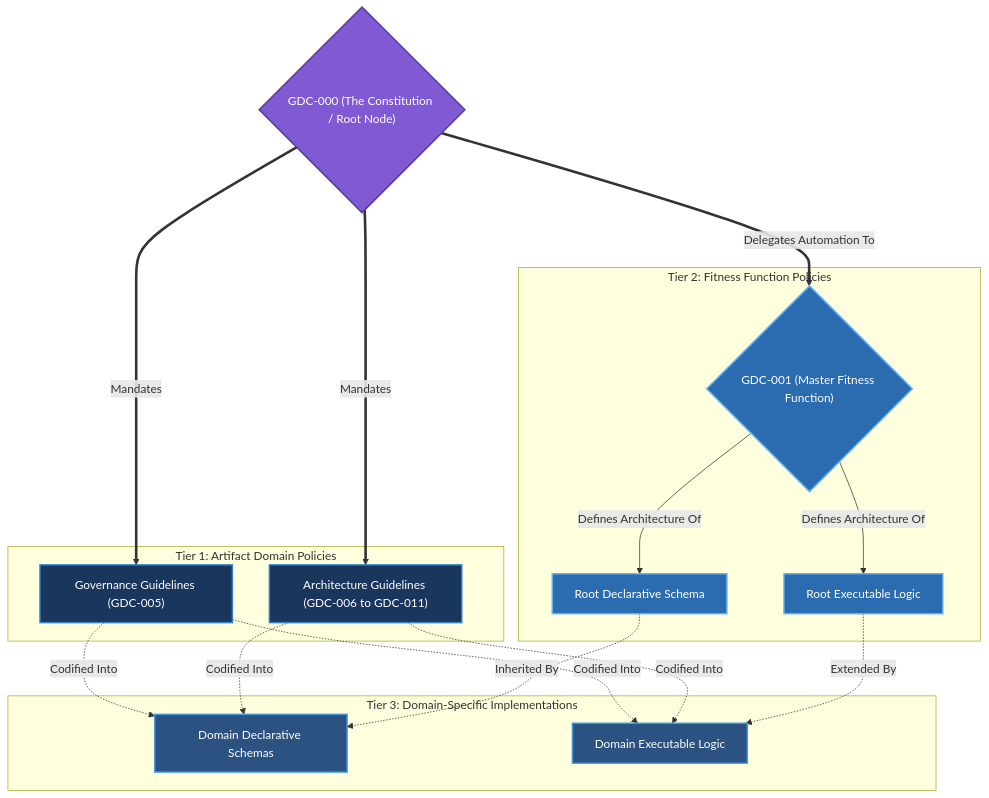
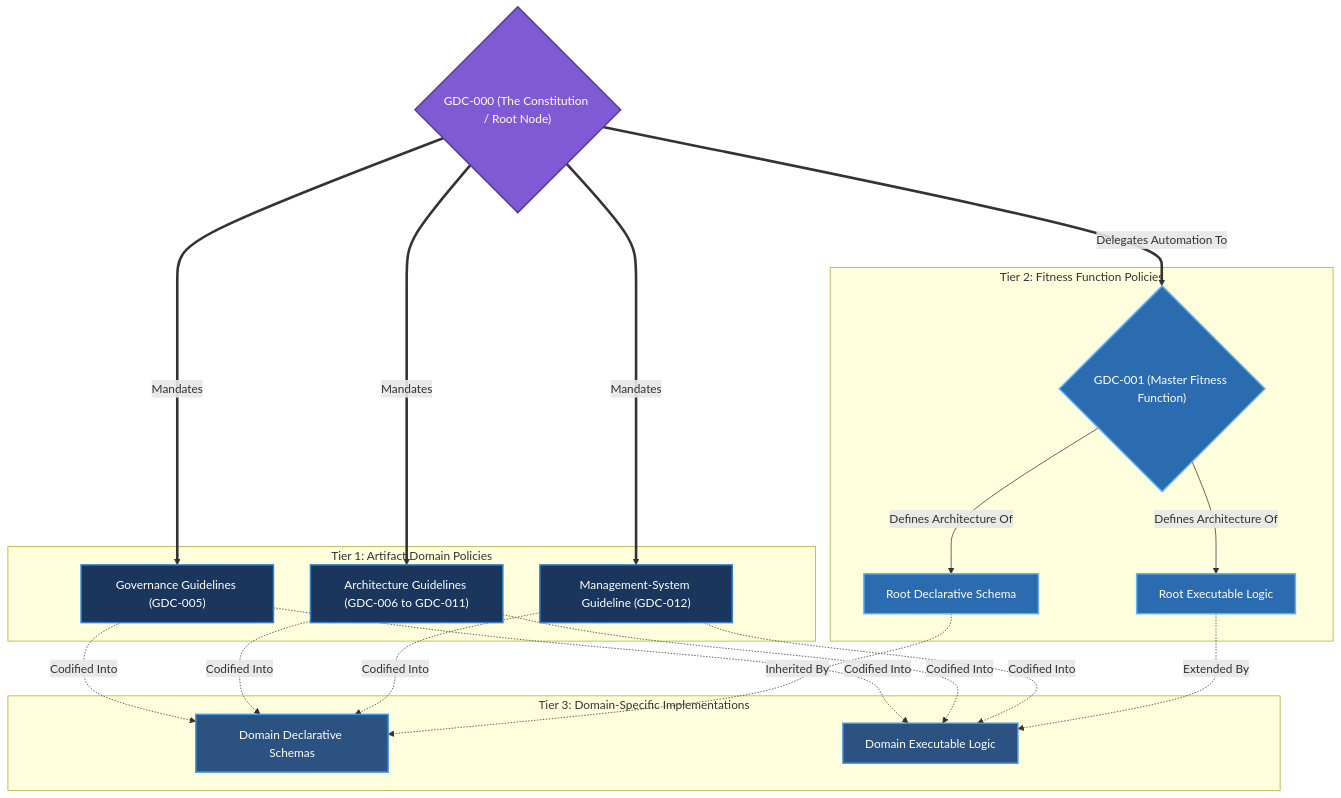
The second of 4 diagrams in 00-governance/GDC-000-governance-policy.md (anshacerbia2/scnehaux-architecture), drawn with Mermaid before and after one commit. The commit also changed other lines of this file and 21 other files, not shown here.

First line of the commit message:
governance: add the ISMS document type (GDC-012) and its enforcement

````diff
--- a/00-governance/GDC-000-governance-policy.md
+++ b/00-governance/GDC-000-governance-policy.md
@@ -243,44 +252,49 @@
 ```mermaid
 graph TD
     Gov000{"GDC-000 (The Constitution / Root Node)"}
 
     subgraph Tier1 ["Tier 1: Artifact Domain Policies"]
         GovGuide["Governance Guidelines (GDC-005)"]
         ArchGuide["Architecture Guidelines (GDC-006 to GDC-011)"]
+        IsmsGuide["Management-System Guideline (GDC-012)"]
     end
 
     subgraph Tier2 ["Tier 2: Fitness Function Policies"]
         FitFunc{"GDC-001 (Master Fitness Function)"}
         BaseSchemas["Root Declarative Schema"]
         BaseLogic["Root Executable Logic"]
     end
 
     subgraph Tier3 ["Tier 3: Domain-Specific Implementations"]
         ContextSchemas["Domain Declarative Schemas"]
         ContextLogic["Domain Executable Logic"]
     end
 
     Gov000 ==>|Mandates| GovGuide
     Gov000 ==>|Mandates| ArchGuide
+    Gov000 ==>|Mandates| IsmsGuide
     Gov000 ==>|Delegates Automation To| FitFunc
 
     GovGuide -.->|Codified Into| ContextSchemas
     GovGuide -.->|Codified Into| ContextLogic
     ArchGuide -.->|Codified Into| ContextSchemas
     ArchGuide -.->|Codified Into| ContextLogic
+    IsmsGuide -.->|Codified Into| ContextSchemas
+    IsmsGuide -.->|Codified Into| ContextLogic
 
     FitFunc -->|Defines Architecture Of| BaseSchemas
     FitFunc -->|Defines Architecture Of| BaseLogic
 
     BaseSchemas -.->|Inherited By| ContextSchemas
     BaseLogic -.->|Extended By| ContextLogic
 
     style Gov000 fill:#805ad5,stroke:#553c9a,stroke-width:2px,color:#fff
     style GovGuide fill:#1a365d,stroke:#3182ce,stroke-width:2px,color:#fff
     style ArchGuide fill:#1a365d,stroke:#3182ce,stroke-width:2px,color:#fff
+    style IsmsGuide fill:#1a365d,stroke:#3182ce,stroke-width:2px,color:#fff
     style FitFunc fill:#2b6cb0,stroke:#63b3ed,stroke-width:2px,color:#fff
     style BaseSchemas fill:#2b6cb0,stroke:#63b3ed,stroke-width:2px,color:#fff
     style BaseLogic fill:#2b6cb0,stroke:#63b3ed,stroke-width:2px,color:#fff
     style ContextSchemas fill:#2c5282,stroke:#4299e1,stroke-width:2px,color:#fff
     style ContextLogic fill:#2c5282,stroke:#4299e1,stroke-width:2px,color:#fff
 ```
````
